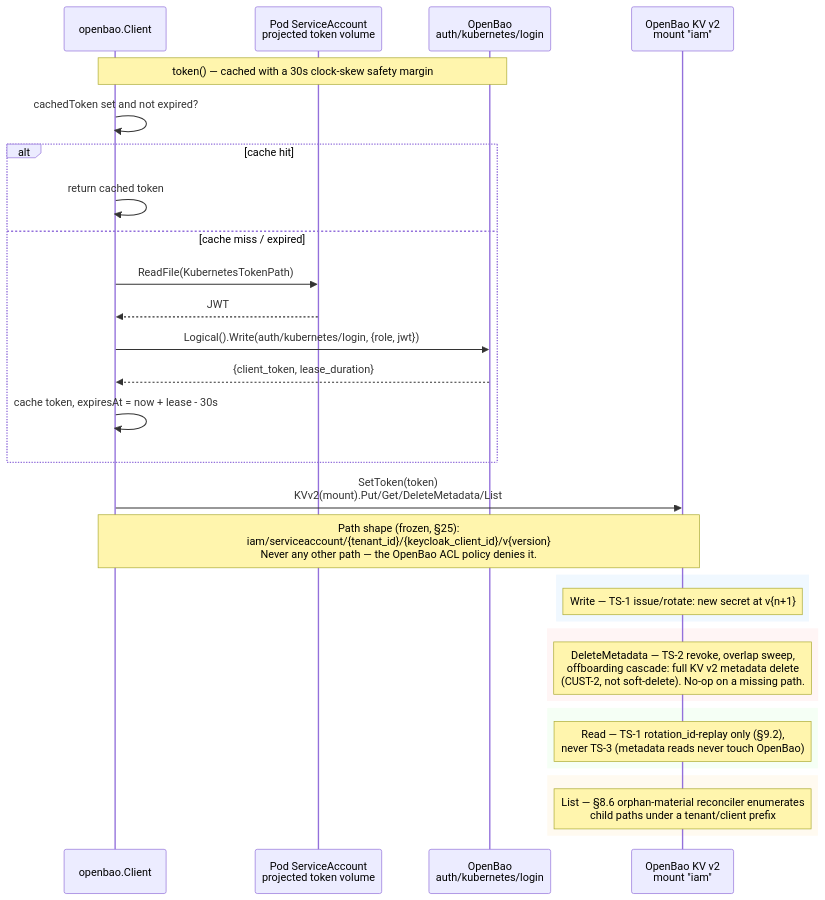
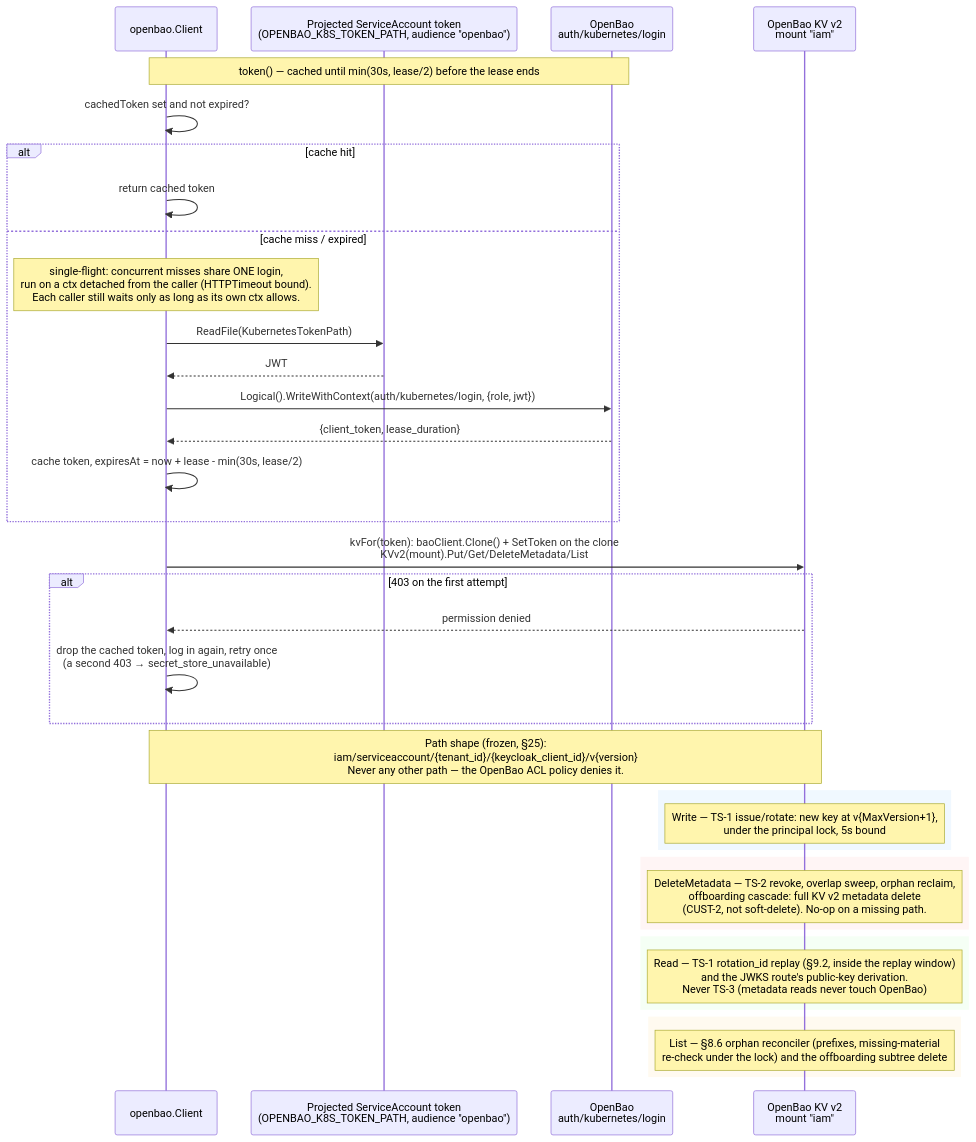
Diagram 11 of 13 in ARCHITECTURE.md (BCBP-SOLUTIONS-FZC-LLC/iam-token-service), drawn with Mermaid before and after one commit. The commit also changed other lines of this file and 234 other files, not shown here.

````diff
--- a/ARCHITECTURE.md
+++ b/ARCHITECTURE.md
@@ -795,35 +1026,40 @@
 ```mermaid
 sequenceDiagram
     participant C as openbao.Client
-    participant FS as Pod ServiceAccount<br/>projected token volume
+    participant FS as Projected ServiceAccount token<br/>(OPENBAO_K8S_TOKEN_PATH, audience "openbao")
     participant BAO as OpenBao<br/>auth/kubernetes/login
     participant KV as OpenBao KV v2<br/>mount "iam"
 
-    Note over C,BAO: token() — cached with a 30s clock-skew safety margin
+    Note over C,BAO: token() — cached until min(30s, lease/2) before the lease ends
     C->>C: cachedToken set and not expired?
     alt cache hit
         C->>C: return cached token
     else cache miss / expired
+        Note over C: single-flight: concurrent misses share ONE login,<br/>run on a ctx detached from the caller (HTTPTimeout bound).<br/>Each caller still waits only as long as its own ctx allows.
         C->>FS: ReadFile(KubernetesTokenPath)
         FS-->>C: JWT
-        C->>BAO: Logical().Write(auth/kubernetes/login, {role, jwt})
+        C->>BAO: Logical().WriteWithContext(auth/kubernetes/login, {role, jwt})
         BAO-->>C: {client_token, lease_duration}
-        C->>C: cache token, expiresAt = now + lease - 30s
+        C->>C: cache token, expiresAt = now + lease - min(30s, lease/2)
     end
 
-    C->>KV: SetToken(token)<br/>KVv2(mount).Put/Get/DeleteMetadata/List
+    C->>KV: kvFor(token): baoClient.Clone() + SetToken on the clone<br/>KVv2(mount).Put/Get/DeleteMetadata/List
+    alt 403 on the first attempt
+        KV-->>C: permission denied
+        C->>C: drop the cached token, log in again, retry once<br/>(a second 403 → secret_store_unavailable)
+    end
     Note over C,KV: Path shape (frozen, §25):<br/>iam/serviceaccount/{tenant_id}/{keycloak_client_id}/v{version}<br/>Never any other path — the OpenBao ACL policy denies it.
 
     rect rgb(240, 248, 255)
-    Note over KV: Write — TS-1 issue/rotate: new secret at v{n+1}
+    Note over KV: Write — TS-1 issue/rotate: new key at v{MaxVersion+1},<br/>under the principal lock, 5s bound
     end
     rect rgb(255, 245, 245)
-    Note over KV: DeleteMetadata — TS-2 revoke, overlap sweep,<br/>offboarding cascade: full KV v2 metadata delete<br/>(CUST-2, not soft-delete). No-op on a missing path.
+    Note over KV: DeleteMetadata — TS-2 revoke, overlap sweep, orphan reclaim,<br/>offboarding cascade: full KV v2 metadata delete<br/>(CUST-2, not soft-delete). No-op on a missing path.
     end
     rect rgb(245, 255, 245)
-    Note over KV: Read — TS-1 rotation_id-replay only (§9.2),<br/>never TS-3 (metadata reads never touch OpenBao)
+    Note over KV: Read — TS-1 rotation_id replay (§9.2, inside the replay window)<br/>and the JWKS route's public-key derivation.<br/>Never TS-3 (metadata reads never touch OpenBao)
     end
     rect rgb(255, 250, 240)
-    Note over KV: List — §8.6 orphan-material reconciler enumerates<br/>child paths under a tenant/client prefix
+    Note over KV: List — §8.6 orphan reconciler (prefixes, missing-material<br/>re-check under the lock) and the offboarding subtree delete
     end
 ```
````
